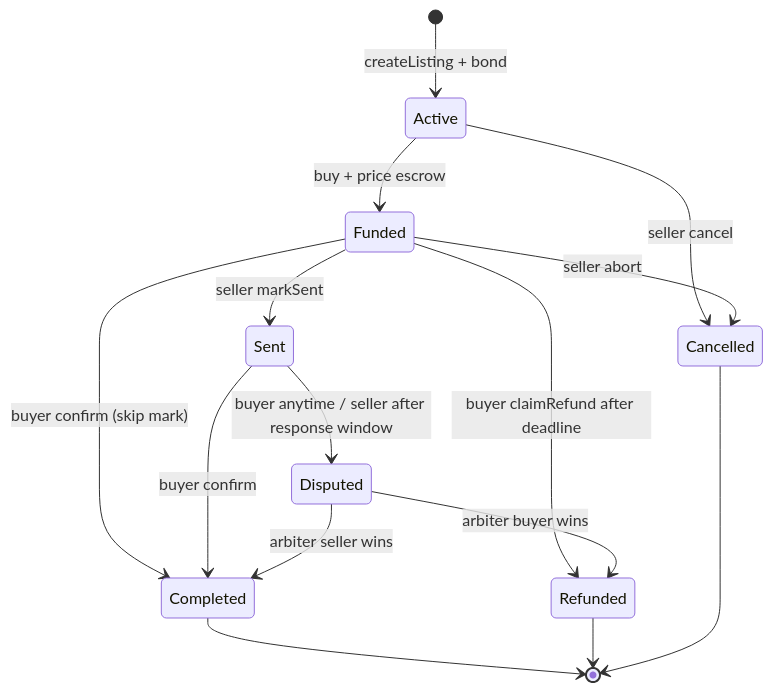
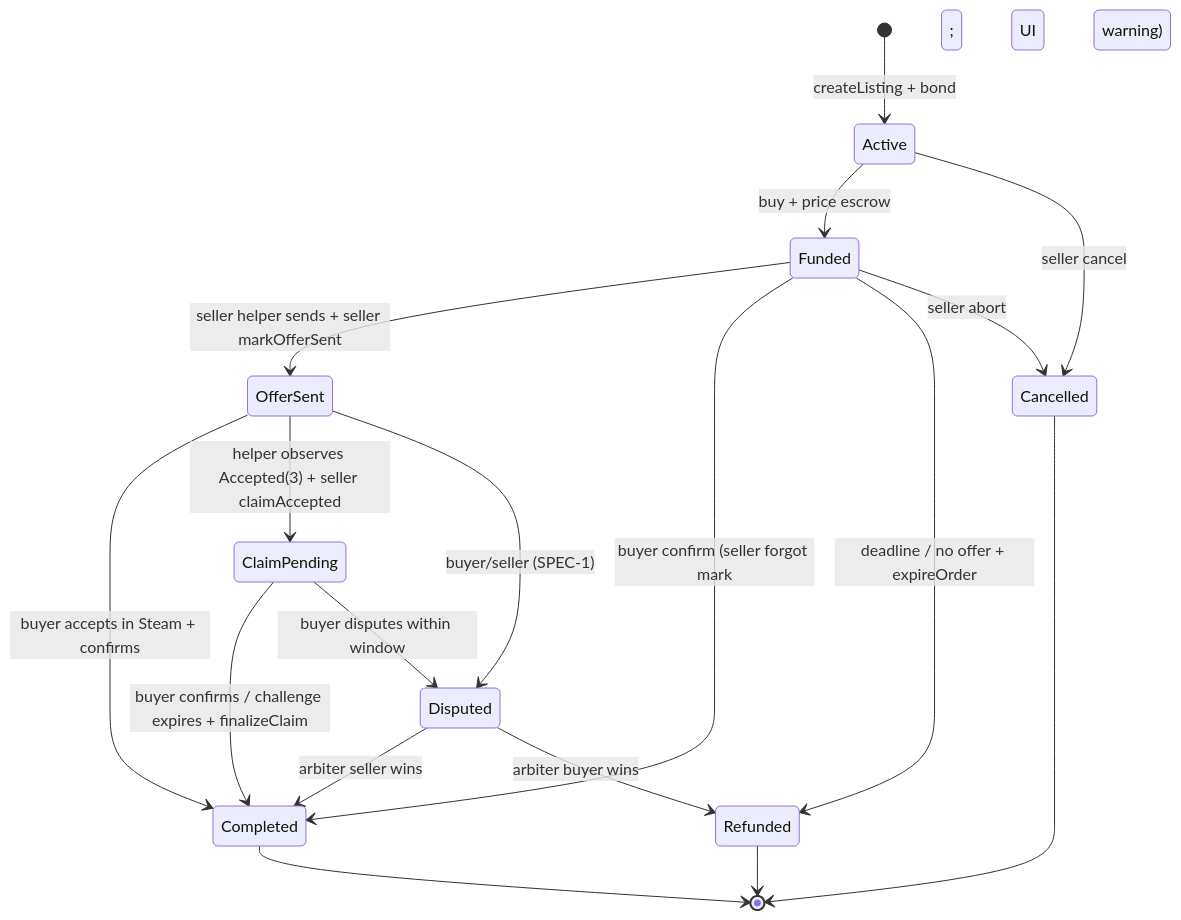
Before and after one commit to identity411/dapps: the first of 2 diagrams in specs/2026-11-01-dapp-project-mvp-spec.md, drawn with Mermaid. The commit also changed other lines of this file, not shown here.

First line of the commit message:
docs(spec): record Stage 0 validation and settlement fallback

````diff
--- a/specs/2026-11-01-dapp-project-mvp-spec.md
+++ b/specs/2026-11-01-dapp-project-mvp-spec.md
@@ -77,17 +99,20 @@
 ```mermaid
 stateDiagram-v2
   [*] --> Active: createListing + bond
   Active --> Funded: buy + price escrow
   Active --> Cancelled: seller cancel
-  Funded --> Sent: seller markSent
-  Funded --> Completed: buyer confirm (skip mark)
+  Funded --> OfferSent: seller helper sends + seller markOfferSent
+  Funded --> Completed: buyer confirm (seller forgot mark; UI warning)
+  Funded --> Refunded: deadline / no offer + expireOrder
   Funded --> Cancelled: seller abort
-  Funded --> Refunded: buyer claimRefund after deadline
-  Sent --> Completed: buyer confirm
-  Sent --> Disputed: buyer anytime / seller after response window
+  OfferSent --> Completed: buyer accepts in Steam + confirms
+  OfferSent --> ClaimPending: helper observes Accepted(3) + seller claimAccepted
+  OfferSent --> Disputed: buyer/seller (SPEC-1)
+  ClaimPending --> Completed: buyer confirms / challenge expires + finalizeClaim
+  ClaimPending --> Disputed: buyer disputes within window
   Disputed --> Completed: arbiter seller wins
   Disputed --> Refunded: arbiter buyer wins
   Completed --> [*]
   Refunded --> [*]
   Cancelled --> [*]
 ```
````
